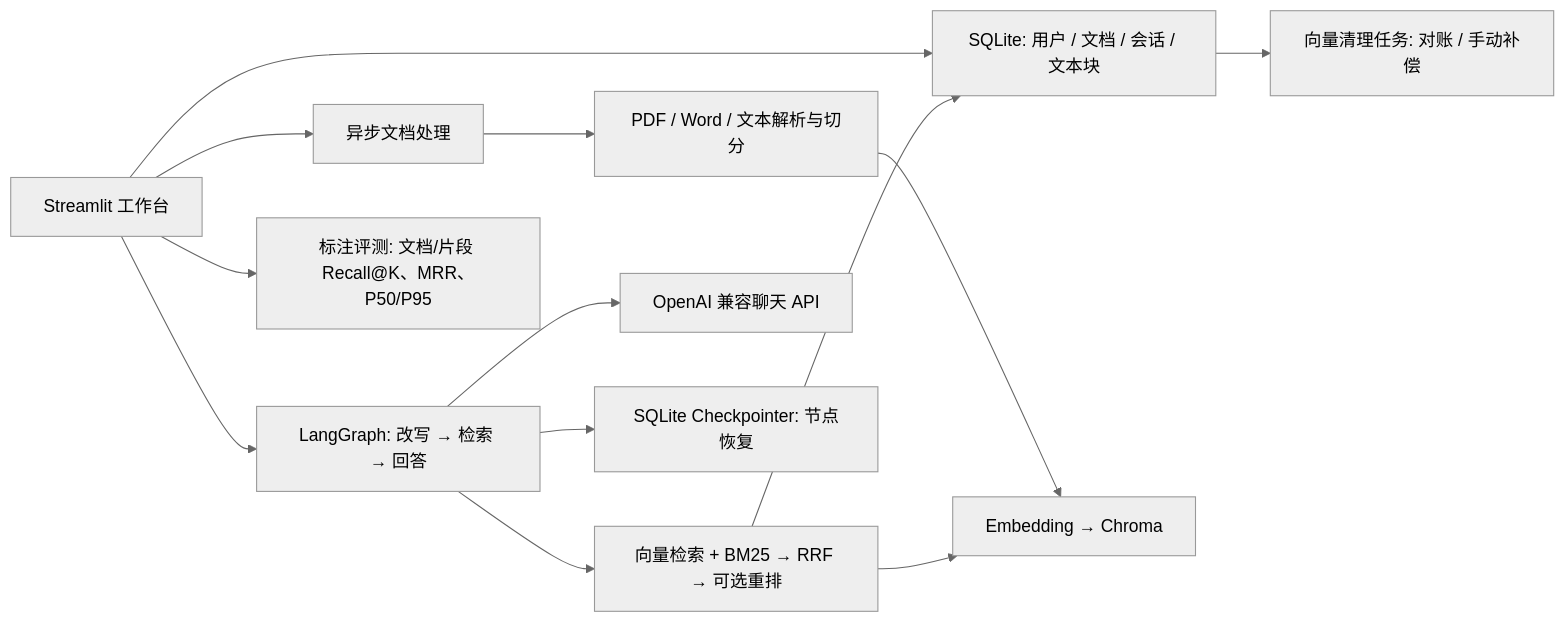
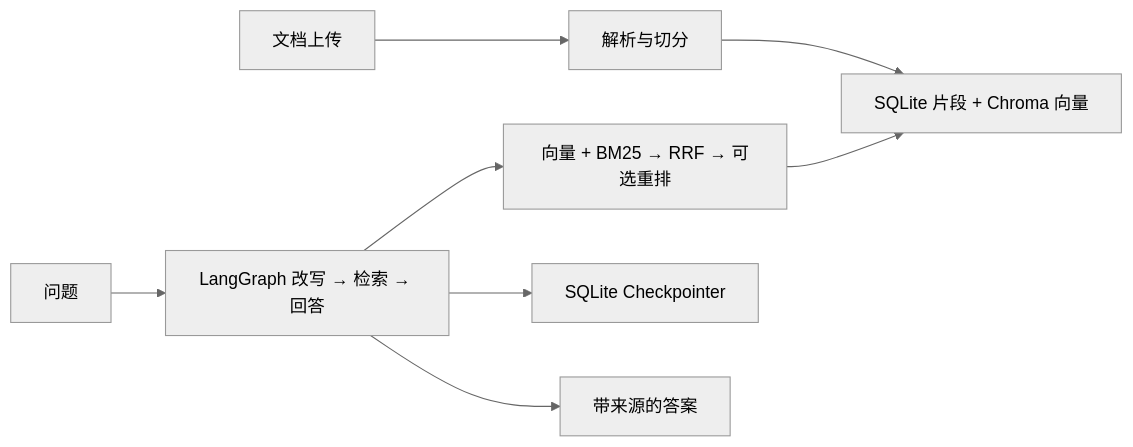
The diagram in README.md (shilaoshitou-ux/rag-knowledge-hub), drawn with Mermaid (neutral theme) before and after one commit. The commit also changed other lines of this file, not shown here.

````diff
--- a/README.md
+++ b/README.md
@@ -137,15 +53,9 @@
 ```mermaid
 flowchart LR
-    UI[Streamlit 工作台] --> Repo[SQLite: 用户 / 文档 / 会话 / 文本块]
-    UI --> Upload[异步文档处理]
-    Upload --> Parse[PDF / Word / 文本解析与切分]
-    Parse --> V[Embedding → Chroma]
-    UI --> Graph[LangGraph: 改写 → 检索 → 回答]
-    Graph --> Find[向量检索 + BM25 → RRF → 可选重排]
-    Find --> V
-    Find --> Repo
-    Graph --> LLM[OpenAI 兼容聊天 API]
-    Graph --> CP[SQLite Checkpointer: 节点恢复]
-    Repo --> Jobs[向量清理任务: 对账 / 手动补偿]
-    UI --> Eval[标注评测: 文档/片段 Recall@K、MRR、P50/P95]
+    Upload[文档上传] --> Parse[解析与切分] --> Store[SQLite 片段 + Chroma 向量]
+    Ask[问题] --> Graph[LangGraph 改写 → 检索 → 回答]
+    Graph --> Search[向量 + BM25 → RRF → 可选重排]
+    Search --> Store
+    Graph --> Checkpoint[SQLite Checkpointer]
+    Graph --> Reply[带来源的答案]
 ```
````
